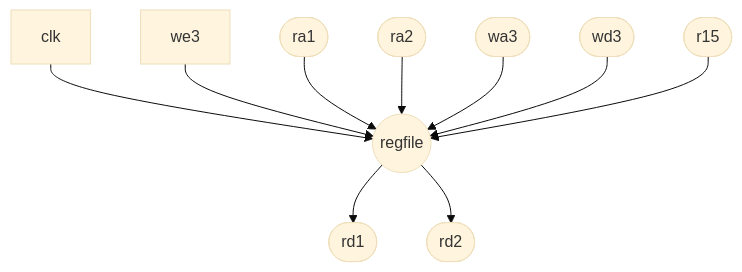
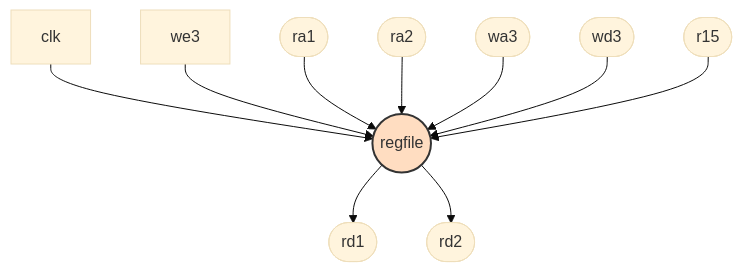
Before and after one commit to granitespinoza/arqui: the diagram in docs/module_diagrams/regfile.md, drawn with Mermaid (base theme). The commit also changed 18 other files, not shown here.

Commit message:
Improve module diagrams with colors

````diff
--- a/docs/module_diagrams/regfile.md
+++ b/docs/module_diagrams/regfile.md
@@ -3,12 +3,15 @@
 ```mermaid
 flowchart TD
+    classDef main fill:#FFDDC1,stroke:#333,stroke-width:2px
+    classDef sub fill:#BBE1FA,stroke:#333
     clk --> regfile_module((regfile))
     we3 --> regfile_module
     ra1([ra1]) --> regfile_module
     ra2([ra2]) --> regfile_module
     wa3([wa3]) --> regfile_module
     wd3([wd3]) --> regfile_module
     r15([r15]) --> regfile_module
     regfile_module --> rd1([rd1])
     regfile_module --> rd2([rd2])
+    class regfile_module main
 ```
````
